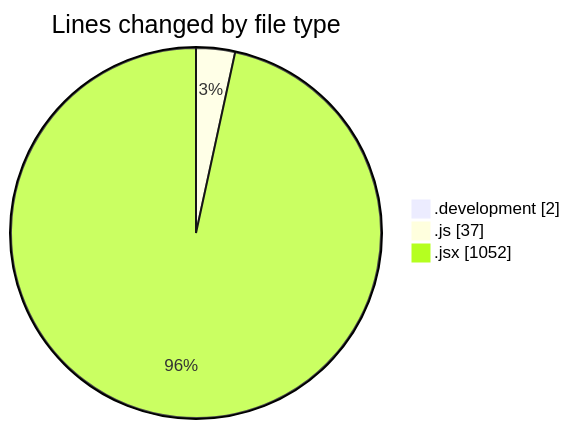
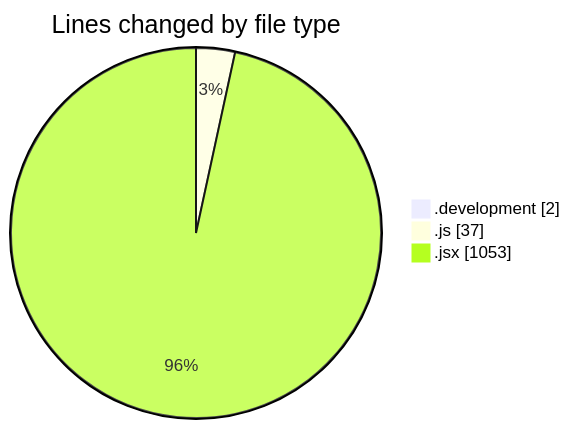
Before and after one commit to nxtqubesakshisongat/code-tracking: the first of 2 diagrams in 2025-11-10/nxtqube_webapp/README.md, drawn with Mermaid. The commit also changed other lines of this file and 1 other file, not shown here.

````diff
--- a/2025-11-10/nxtqube_webapp/README.md
+++ b/2025-11-10/nxtqube_webapp/README.md
@@ -23,7 +23,7 @@
 ```mermaid
 pie showData
 title Lines changed by file type
 ".development" : 2
 ".js" : 37
-".jsx" : 1052
+".jsx" : 1053
 ```
````
